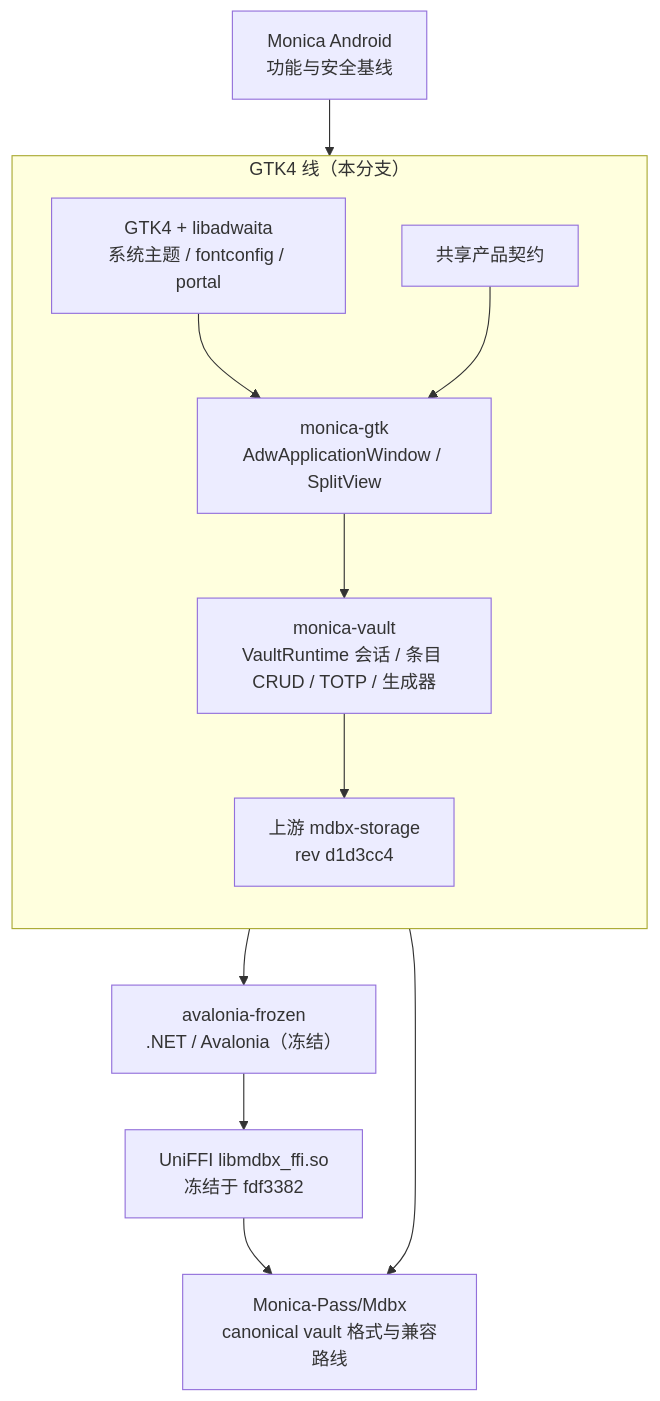
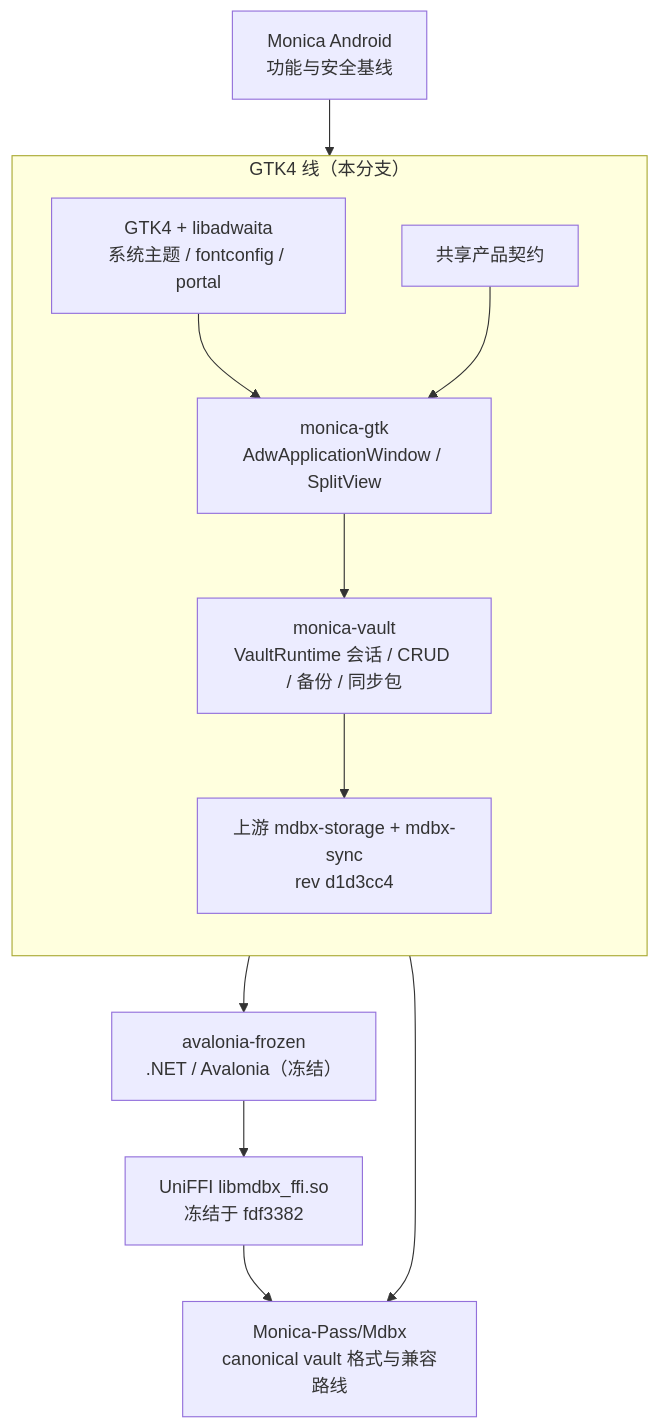
One commit to 6078HITHEDAY/Monica-by-Linux changed the diagram in README.md. Above: the diagram before and after it, drawn with Mermaid. The commit also changed other lines of this file and 22 other files, not shown here.

First line of the commit message:
feat(gtk): Phase 3 backup, sync bundle, import/export, settings, workbench

````diff
--- a/README.md
+++ b/README.md
@@ -103,18 +103,18 @@
 ```mermaid
 flowchart TB
     Android["Monica Android\n功能与安全基线"] --> Contract["共享产品契约"]
     MdbxUp["Monica-Pass/Mdbx\ncanonical vault 格式与兼容路线"]
 
     subgraph Gtk["GTK4 线（本分支）"]
         direction TB
         Adw["GTK4 + libadwaita\n系统主题 / fontconfig / portal"] --> GtkApp["monica-gtk\nAdwApplicationWindow / SplitView"]
         Contract --> GtkApp
-        GtkApp --> VaultCrate["monica-vault\nVaultRuntime 会话 / 条目 CRUD / TOTP / 生成器"]
-        VaultCrate --> Storage["上游 mdbx-storage\nrev d1d3cc4"]
+        GtkApp --> VaultCrate["monica-vault\nVaultRuntime 会话 / CRUD / 备份 / 同步包"]
+        VaultCrate --> Storage["上游 mdbx-storage + mdbx-sync\nrev d1d3cc4"]
     end
 
     Frozen["avalonia-frozen\n.NET / Avalonia（冻结）"] --> UniFfi["UniFFI libmdbx_ffi.so\n冻结于 fdf3382"]
     Contract --> Frozen
     UniFfi --> MdbxUp
     Storage --> MdbxUp
 ```
````
